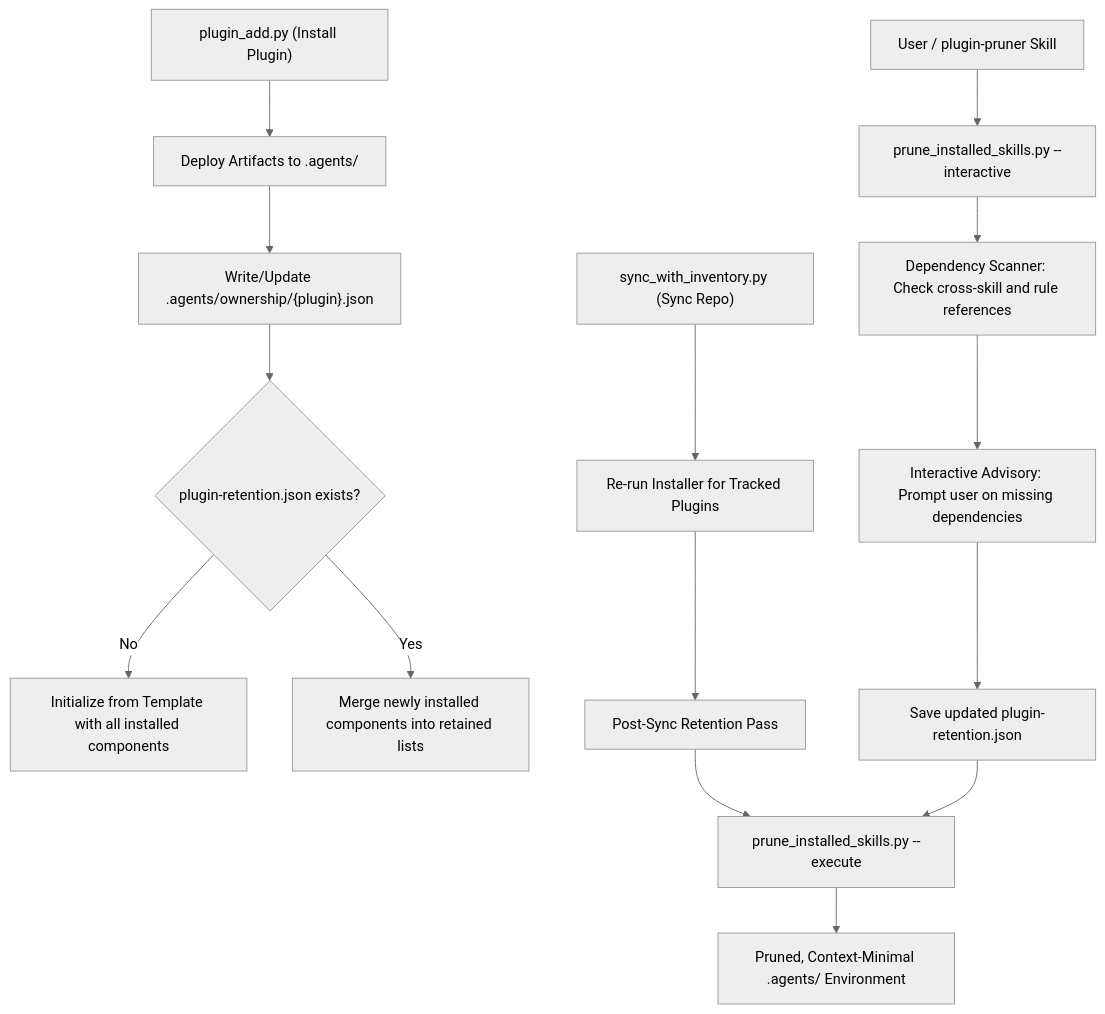
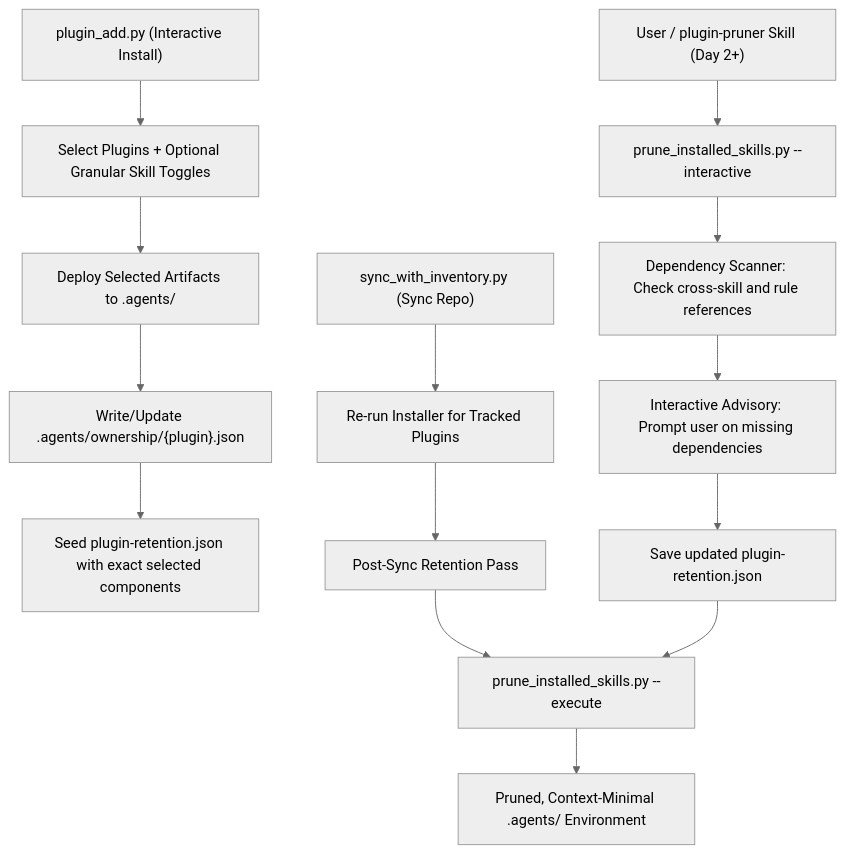
The diagram in docs/superpowers/specs/2026-09-11-plugin-retention-pruner-design.md (richfrem/agent-plugins-skills), drawn with Mermaid (neutral theme) before and after one commit. The commit also changed other lines of this file and 2 other files, not shown here.

Commit message:
docs: update design spec with install-time skill selection

````diff
--- a/docs/superpowers/specs/2026-09-11-plugin-retention-pruner-design.md
+++ b/docs/superpowers/specs/2026-09-11-plugin-retention-pruner-design.md
@@ -23,19 +24,18 @@
 ```mermaid
 flowchart TD
-    A["plugin_add.py (Install Plugin)"] --> B["Deploy Artifacts to .agents/"]
-    B --> C["Write/Update .agents/ownership/{plugin}.json"]
-    C --> D{"plugin-retention.json exists?"}
-    D -- No --> E["Initialize from Template with all installed components"]
-    D -- Yes --> F["Merge newly installed components into retained lists"]
+    A["plugin_add.py (Interactive Install)"] --> B["Select Plugins + Optional Granular Skill Toggles"]
+    B --> C["Deploy Selected Artifacts to .agents/"]
+    C --> D["Write/Update .agents/ownership/{plugin}.json"]
+    D --> E["Seed plugin-retention.json with exact selected components"]
     
-    G["sync_with_inventory.py (Sync Repo)"] --> H["Re-run Installer for Tracked Plugins"]
-    H --> I["Post-Sync Retention Pass"]
-    I --> J["prune_installed_skills.py --execute"]
+    F["sync_with_inventory.py (Sync Repo)"] --> G["Re-run Installer for Tracked Plugins"]
+    G --> H["Post-Sync Retention Pass"]
+    H --> I["prune_installed_skills.py --execute"]
     
-    K["User / plugin-pruner Skill"] --> L["prune_installed_skills.py --interactive"]
-    L --> M["Dependency Scanner: Check cross-skill and rule references"]
-    M --> N["Interactive Advisory: Prompt user on missing dependencies"]
-    N --> O["Save updated plugin-retention.json"]
-    O --> J
-    J --> P["Pruned, Context-Minimal .agents/ Environment"]
+    J["User / plugin-pruner Skill (Day 2+)"] --> K["prune_installed_skills.py --interactive"]
+    K --> L["Dependency Scanner: Check cross-skill and rule references"]
+    L --> M["Interactive Advisory: Prompt user on missing dependencies"]
+    M --> N["Save updated plugin-retention.json"]
+    N --> I
+    I --> O["Pruned, Context-Minimal .agents/ Environment"]
 ```
````
